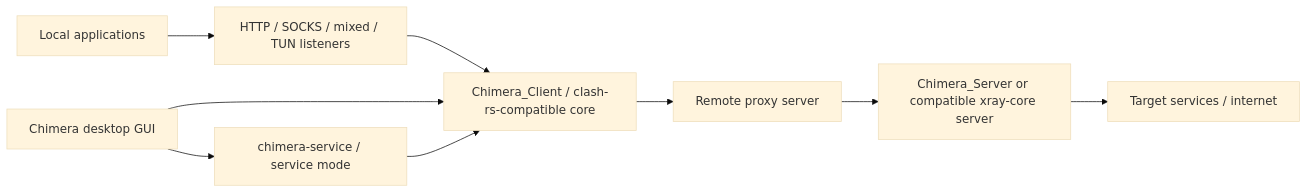
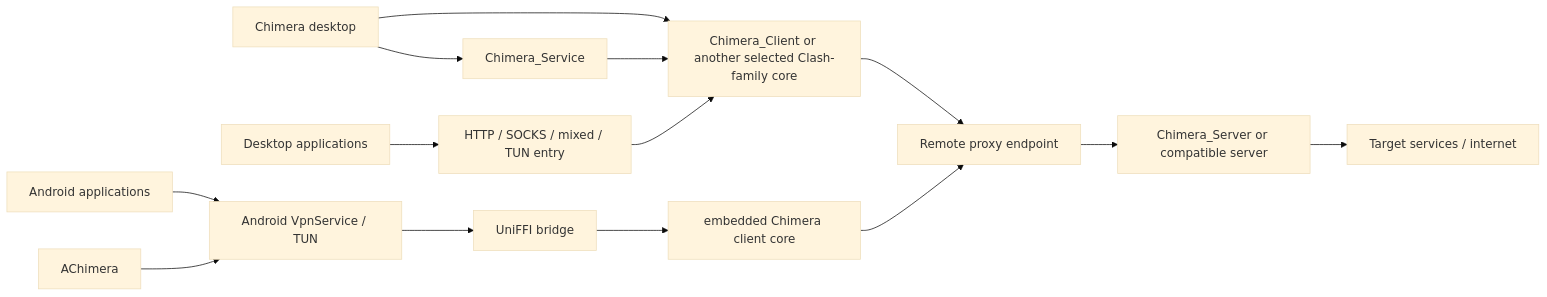
One commit to MFSGA/Proxy_WIKI changed the diagram in src/system-topology.md. Above: the diagram before and after it, drawn with Mermaid (base theme). The commit also changed other lines of this file and 10 other files, not shown here.

````diff
--- a/src/system-topology.md
+++ b/src/system-topology.md
@@ -6,11 +10,18 @@
 ```mermaid
 flowchart LR
-    App["Local applications"] --> Listener["HTTP / SOCKS / mixed / TUN listeners"]
-    Listener --> Client["Chimera_Client / clash-rs-compatible core"]
-    GUI["Chimera desktop GUI"] --> Client
-    GUI --> Service["chimera-service / service mode"]
-    Service --> Client
-    Client --> Remote["Remote proxy server"]
-    Remote --> Server["Chimera_Server or compatible xray-core server"]
+    Apps["Desktop applications"] --> Local["HTTP / SOCKS / mixed / TUN entry"]
+    GUI["Chimera desktop"] --> Core["Chimera_Client or another selected Clash-family core"]
+    GUI --> Service["Chimera_Service"]
+    Service --> Core
+    Local --> Core
+
+    AndroidApps["Android applications"] --> ATun["Android VpnService / TUN"]
+    AUI["AChimera"] --> ATun
+    ATun --> UniFFI["UniFFI bridge"]
+    UniFFI --> Embedded["embedded Chimera client core"]
+
+    Core --> Remote["Remote proxy endpoint"]
+    Embedded --> Remote
+    Remote --> Server["Chimera_Server or compatible server"]
     Server --> Internet["Target services / internet"]
 ```
````
